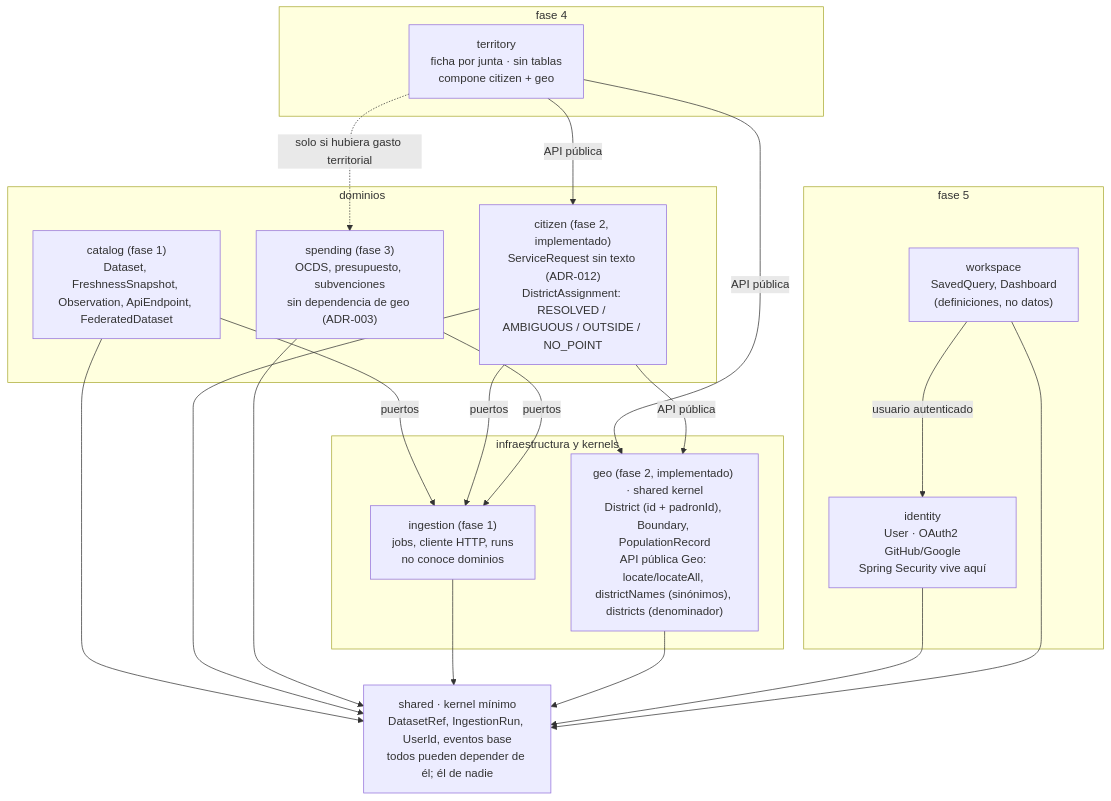
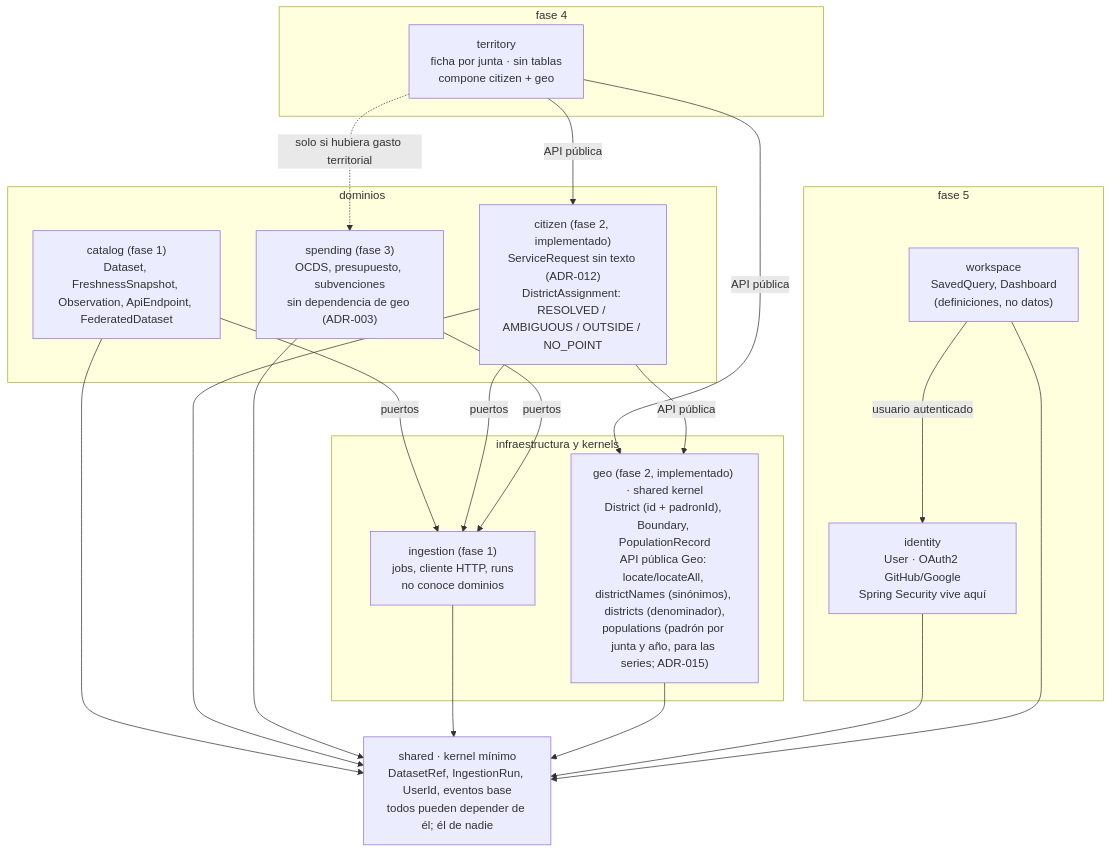
One commit to MarioNaya/zaragoza-observatorio changed the second of 3 diagrams in docs/arquitectura.md. Above: the diagram before and after it, drawn with Mermaid. The commit also changed 6 other files, not shown here.

````diff
--- a/docs/arquitectura.md
+++ b/docs/arquitectura.md
@@ -69,30 +69,30 @@
 ```mermaid
 flowchart TB
   subgraph F5["fase 5"]
     WS["workspace<br/>SavedQuery, Dashboard<br/>(definiciones, no datos)"]
     ID["identity<br/>User · OAuth2 GitHub/Google<br/>Spring Security vive aquí"]
   end
   subgraph F4["fase 4"]
     TER["territory<br/>ficha por junta · sin tablas<br/>compone citizen + geo"]
   end
   subgraph DOM["dominios"]
     CATM["catalog (fase 1)<br/>Dataset, FreshnessSnapshot, Observation, ApiEndpoint, FederatedDataset"]
     CIT["citizen (fase 2, implementado)<br/>ServiceRequest sin texto (ADR-012)<br/>DistrictAssignment: RESOLVED / AMBIGUOUS / OUTSIDE / NO_POINT"]
     SPE["spending (fase 3)<br/>OCDS, presupuesto, subvenciones<br/>sin dependencia de geo (ADR-003)"]
   end
   subgraph INFRA["infraestructura y kernels"]
     INGM["ingestion (fase 1)<br/>jobs, cliente HTTP, runs<br/>no conoce dominios"]
-    GEO["geo (fase 2, implementado) · shared kernel<br/>District (id + padronId), Boundary, PopulationRecord<br/>API pública Geo: locate/locateAll, districtNames (sinónimos), districts (denominador)"]
+    GEO["geo (fase 2, implementado) · shared kernel<br/>District (id + padronId), Boundary, PopulationRecord<br/>API pública Geo: locate/locateAll, districtNames (sinónimos), districts (denominador),<br/>populations (padrón por junta y año, para las series; ADR-015)"]
   end
   SH["shared · kernel mínimo<br/>DatasetRef, IngestionRun, UserId, eventos base<br/>todos pueden depender de él; él de nadie"]
 
   WS -- "usuario autenticado" --> ID
   TER -- "API pública" --> CIT
   TER -- "API pública" --> GEO
   TER -. "solo si hubiera gasto territorial" .-> SPE
   CATM -- "puertos" --> INGM
   CIT -- "puertos" --> INGM
   SPE -- "puertos" --> INGM
   CIT -- "API pública" --> GEO
   CATM & CIT & SPE & INGM & GEO & ID & WS --> SH
 ```
````
